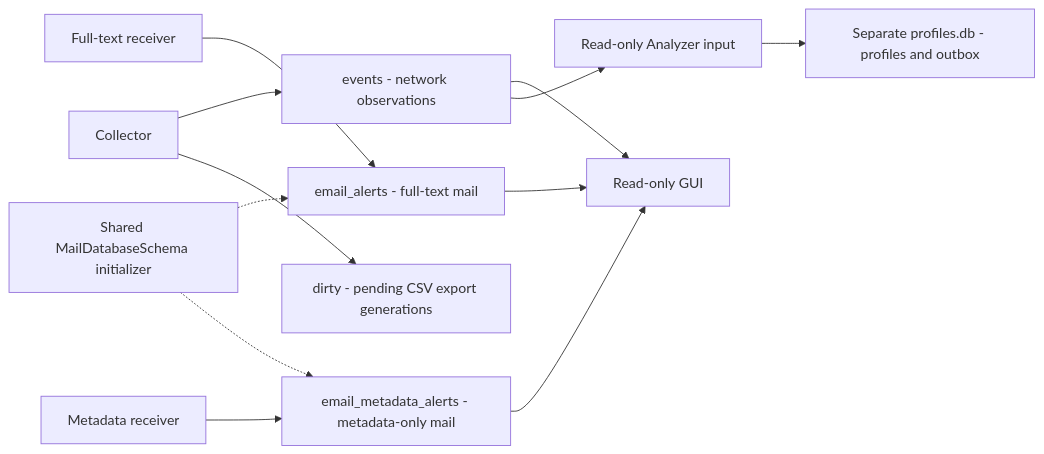
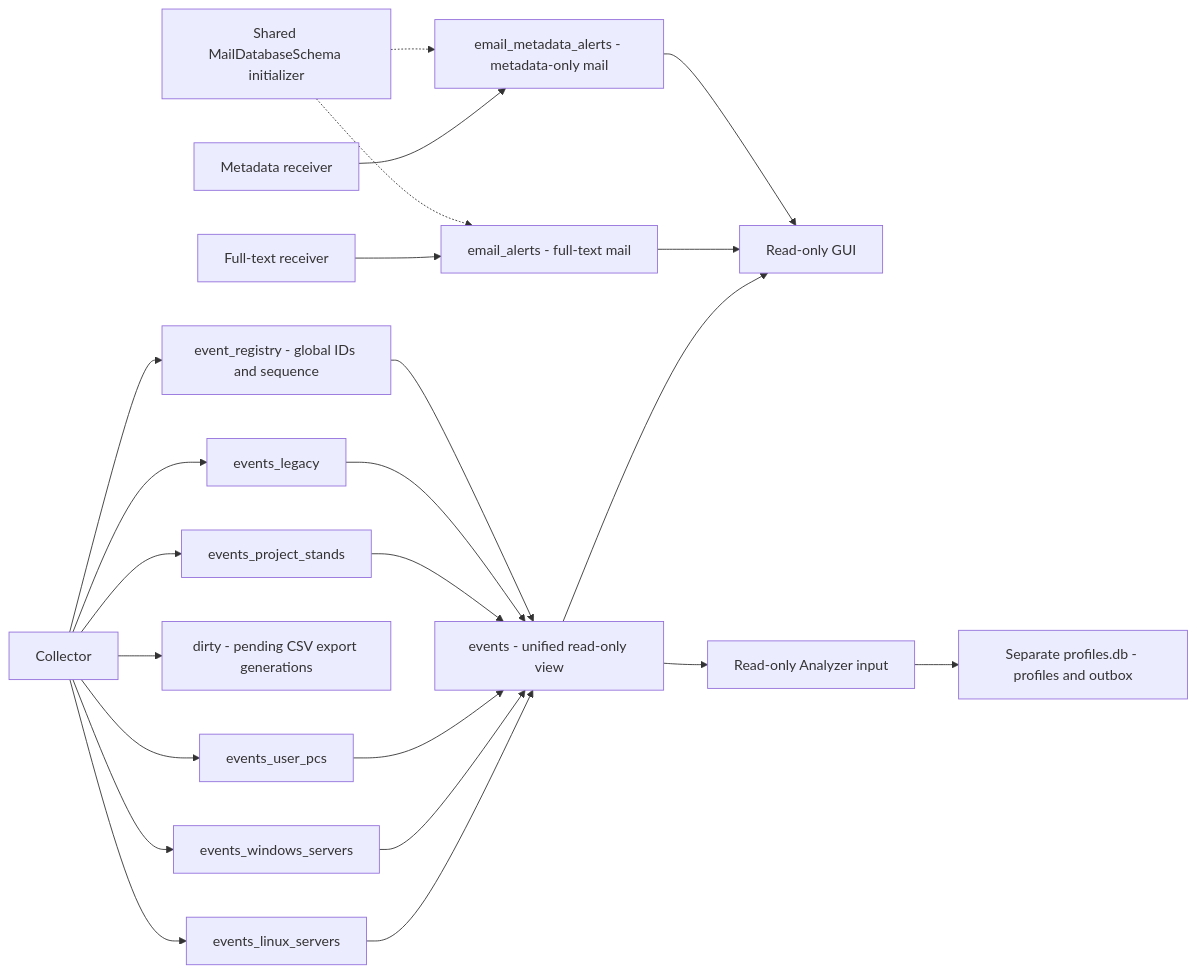
One commit to TEA-GD/Listener changed the third of 4 diagrams in SCHEME.md. Above: the diagram before and after it, drawn with Mermaid. The commit also changed other lines of this file and 28 other files, not shown here.

Commit message:
Partition device events by installation category while preserving unified history

````diff
--- a/SCHEME.md
+++ b/SCHEME.md
@@ -98,14 +98,25 @@
 ```mermaid
 flowchart LR
-    C[Collector] --> E[events - network observations]
+    C[Collector] --> L[events_linux_servers]
+    C --> W[events_windows_servers]
+    C --> U[events_user_pcs]
+    C --> S[events_project_stands]
+    C --> O[events_legacy]
+    C --> R[event_registry - global IDs and sequence]
+    L --> E[events - unified read-only view]
+    W --> E
+    U --> E
+    S --> E
+    O --> E
+    R --> E
     C --> D[dirty - pending CSV export generations]
     RF[Full-text receiver] --> F[email_alerts - full-text mail]
     RM[Metadata receiver] --> M[email_metadata_alerts - metadata-only mail]
     H[Shared MailDatabaseSchema initializer] -.-> F
     H -.-> M
     E --> G[Read-only GUI]
     F --> G
     M --> G
     E --> A[Read-only Analyzer input]
     A --> P[Separate profiles.db - profiles and outbox]
 ```
````
